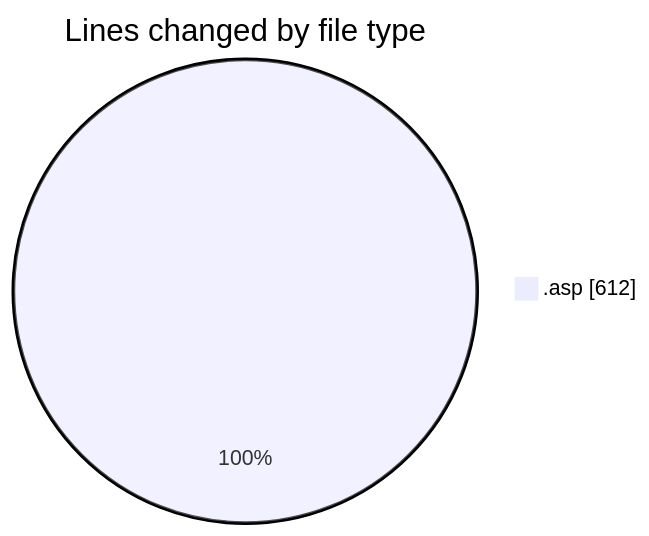
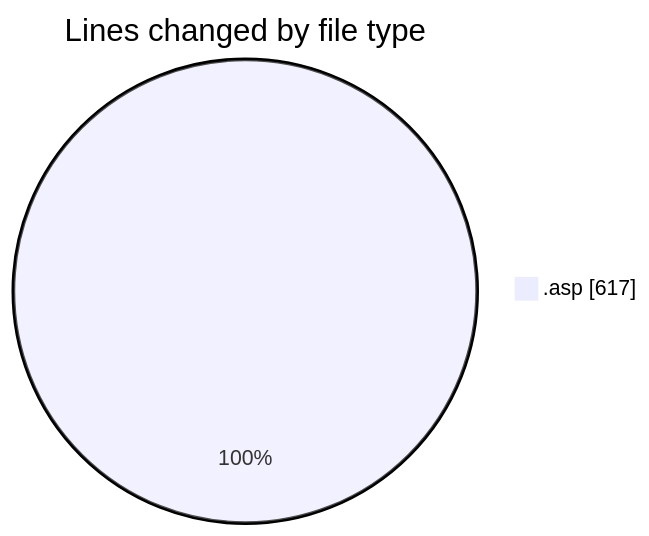
One commit to julien-gomy/code-tracking changed the first of 2 diagrams in 2025-10-21/cdp_aleoudev_fr__workspace_/README.md. Above: the diagram before and after it, drawn with Mermaid. The commit also changed other lines of this file and 1 other file, not shown here.

````diff
--- a/2025-10-21/cdp_aleoudev_fr__workspace_/README.md
+++ b/2025-10-21/cdp_aleoudev_fr__workspace_/README.md
@@ -20,5 +20,5 @@
 ```mermaid
 pie showData
 title Lines changed by file type
-".asp" : 612
+".asp" : 617
 ```
````
